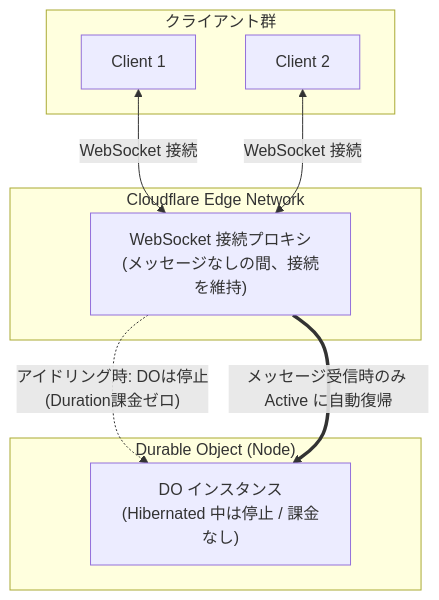
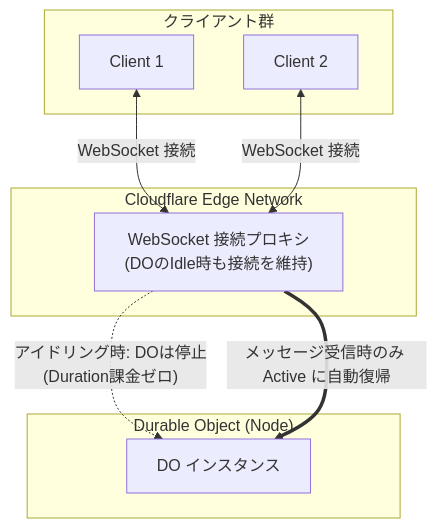
Before and after one commit to mpppk/zenn-contents: the second of 2 diagrams in articles/9a9769410a26d8.md, drawn with Mermaid. The commit also changed other lines of this file and 1 other file, not shown here.

````diff
--- a/articles/9a9769410a26d8.md
+++ b/articles/9a9769410a26d8.md
@@ -231,20 +197,20 @@
 ```mermaid
 flowchart TD
     subgraph Client["クライアント群"]
         C1["Client 1"]
         C2["Client 2"]
     end
 
     subgraph CFEdge["Cloudflare Edge Network"]
-        WSProxy["WebSocket 接続プロキシ<br/>(メッセージなしの間、接続を維持)"]
+        WSProxy["WebSocket 接続プロキシ<br/>(DOのIdle時も接続を維持)"]
     end
 
     subgraph DONode["Durable Object (Node)"]
-        DOInstance["DO インスタンス<br/>(Hibernated 中は停止 / 課金なし)"]
+        DOInstance["DO インスタンス"]
     end
 
     C1 <-->|"WebSocket 接続"| WSProxy
     C2 <-->|"WebSocket 接続"| WSProxy
     WSProxy -.->|"アイドリング時: DOは停止<br/>(Duration課金ゼロ)"| DOInstance
     WSProxy ==>|"メッセージ受信時のみ Active に自動復帰"| DOInstance
 ```
````
